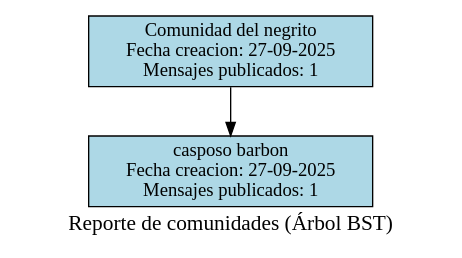
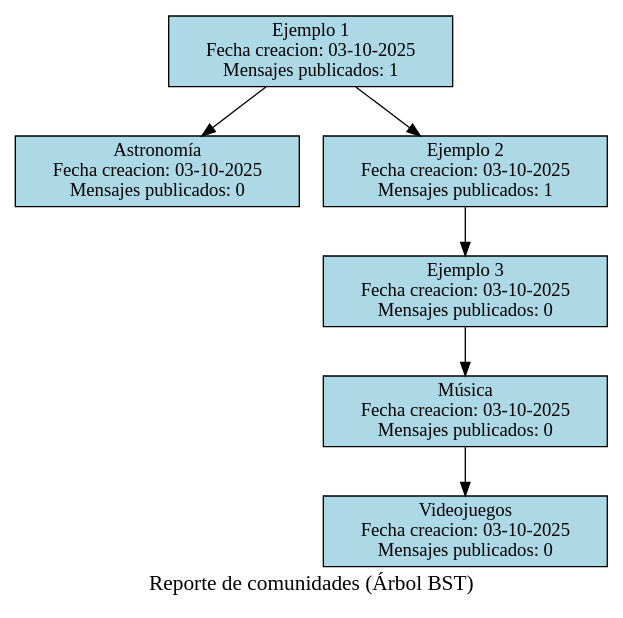
Before and after one commit to JoseArt777/-EDD-1S2025_202100305: the diagram in Fase1/src/Root-Reportes/comunidades_bst.dot, drawn with Graphviz. The commit also changed 21 other files, not shown here.

```diff
--- a/Fase1/src/Root-Reportes/comunidades_bst.dot
+++ b/Fase1/src/Root-Reportes/comunidades_bst.dot
@@ -1,9 +1,17 @@
 digraph G {
     label="Reporte de comunidades (Árbol BST)";
     fontsize=16;
     node [shape=record, style=filled, fillcolor=lightblue];
     rankdir=TB;
-    Comunidad_del_negrito [label="Comunidad del negrito\nFecha creacion: 27-09-2025\nMensajes publicados: 1"];
-    casposo_barbon [label="casposo barbon\nFecha creacion: 27-09-2025\nMensajes publicados: 1"];
-    Comunidad_del_negrito -> casposo_barbon;
+    Ejemplo_1 [label="Ejemplo 1\nFecha creacion: 03-10-2025\nMensajes publicados: 1"];
+    Astronomía [label="Astronomía\nFecha creacion: 03-10-2025\nMensajes publicados: 0"];
+    Ejemplo_2 [label="Ejemplo 2\nFecha creacion: 03-10-2025\nMensajes publicados: 1"];
+    Ejemplo_3 [label="Ejemplo 3\nFecha creacion: 03-10-2025\nMensajes publicados: 0"];
+    Música [label="Música\nFecha creacion: 03-10-2025\nMensajes publicados: 0"];
+    Videojuegos [label="Videojuegos\nFecha creacion: 03-10-2025\nMensajes publicados: 0"];
+    Música -> Videojuegos;
+    Ejemplo_3 -> Música;
+    Ejemplo_2 -> Ejemplo_3;
+    Ejemplo_1 -> Astronomía;
+    Ejemplo_1 -> Ejemplo_2;
 }
```
